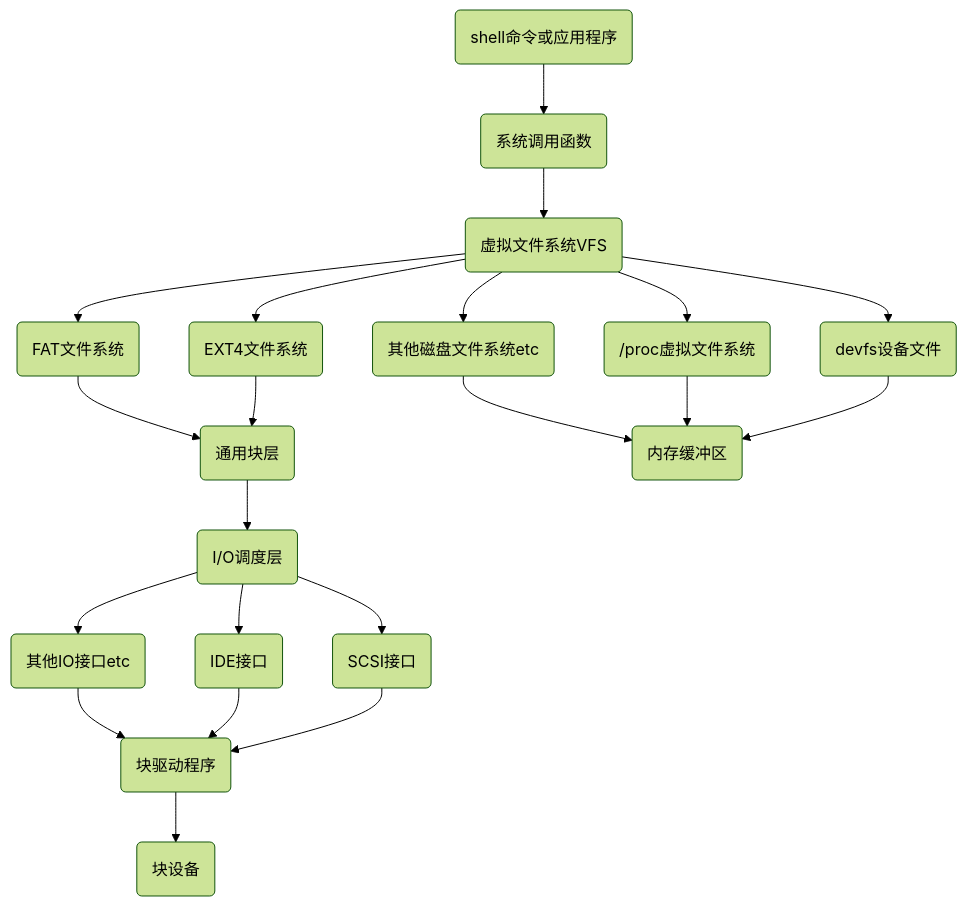
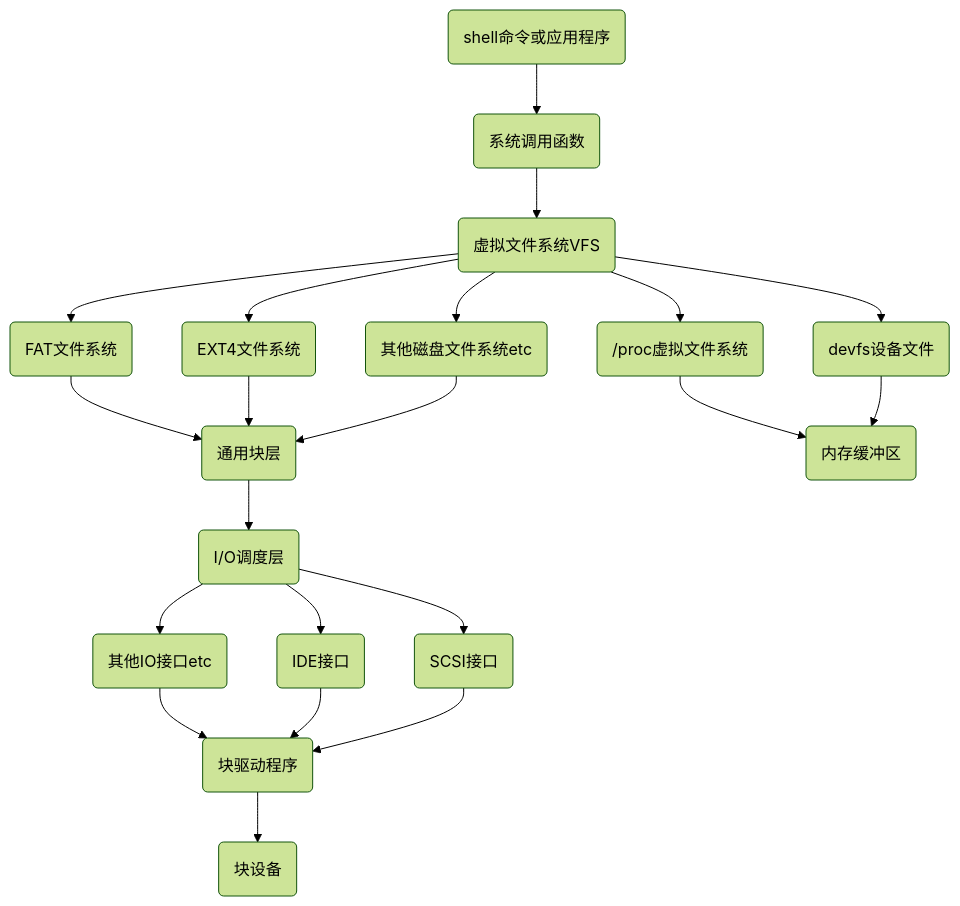
One commit to lishijm/learn_es changed the diagram in 周报/【周报】230227-0305.2~Linux_kernel系统调用，标准IO与文件IO的区别.md. Above: the diagram before and after it, drawn with Mermaid (forest theme).

Commit message:
周报

````diff
--- a/周报/【周报】230227-0305.2~Linux_kernel系统调用，标准IO与文件IO的区别.md
+++ b/周报/【周报】230227-0305.2~Linux_kernel系统调用，标准IO与文件IO的区别.md
@@ -18,12 +18,12 @@
 ```mermaid
 graph TD
 a(shell命令或应用程序)-->b(系统调用函数)-->c(虚拟文件系统VFS)
 c-->d(FAT文件系统)-->h(通用块层)-->i(I/O调度层)
 c-->e(EXT4文件系统)-->h
-c-->p(其他磁盘文件系统etc)-->o
+c-->p(其他磁盘文件系统etc)-->h
 c-->f(/proc虚拟文件系统)-->o(内存缓冲区)
 c-->g(devfs设备文件)-->o
 i-->q(其他IO接口etc)-->l
 i-->j(IDE接口)-->l(块驱动程序)-->m(块设备)
 i-->k(SCSI接口)-->l
 ```
````
